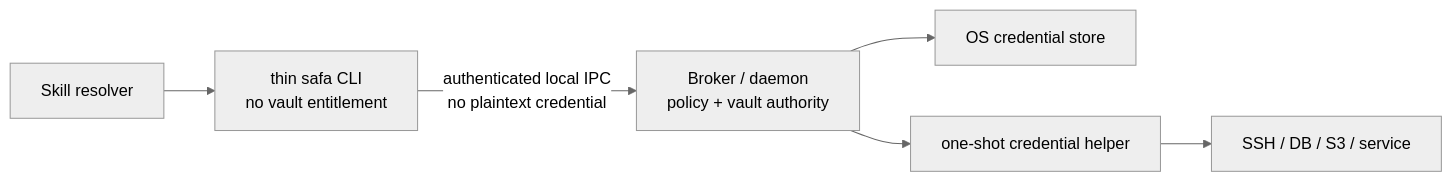
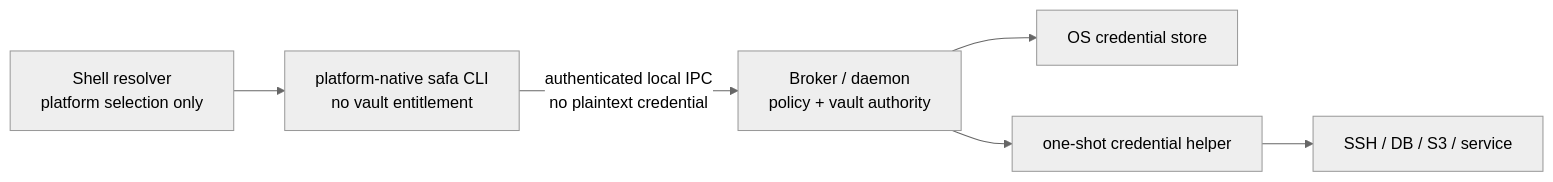
One commit to juju-w/safa changed the first of 2 diagrams in docs/distribution.md. Above: the diagram before and after it, drawn with Mermaid (neutral theme). The commit also changed other lines of this file and 42 other files, not shown here.

````diff
--- a/docs/distribution.md
+++ b/docs/distribution.md
@@ -28,8 +28,8 @@
 ```mermaid
 flowchart LR
-    Resolver["Skill resolver"] --> CLI["thin safa CLI\nno vault entitlement"]
+    Resolver["Shell resolver\nplatform selection only"] --> CLI["platform-native safa CLI\nno vault entitlement"]
     CLI -->|"authenticated local IPC\nno plaintext credential"| Broker["Broker / daemon\npolicy + vault authority"]
     Broker --> Vault["OS credential store"]
     Broker --> Helper["one-shot credential helper"]
     Helper --> Target["SSH / DB / S3 / service"]
 ```
````
